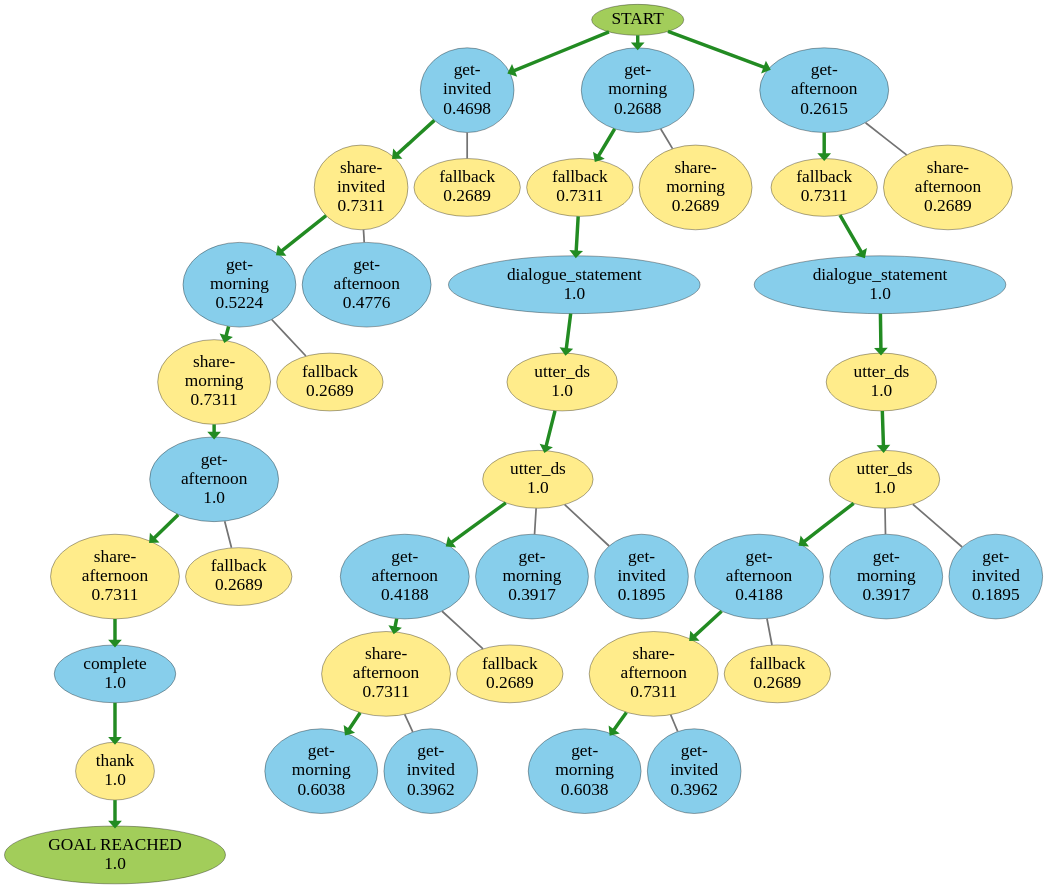
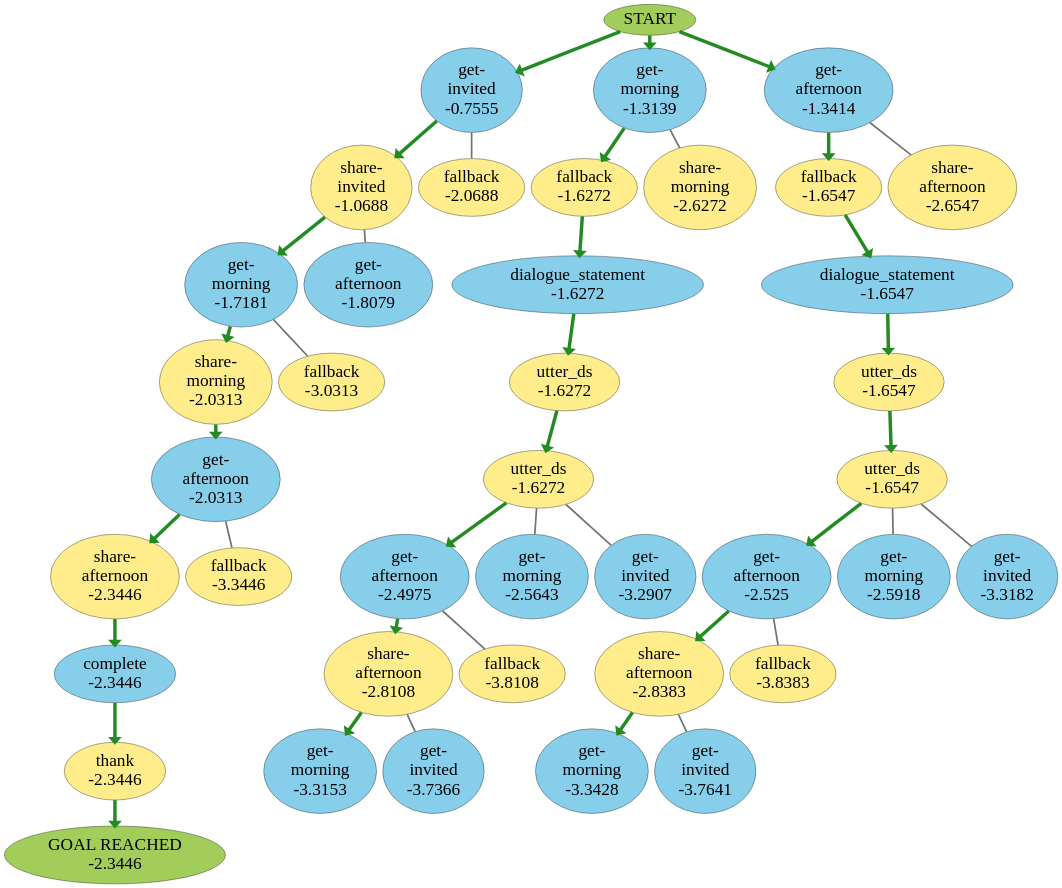
The diagram in icaps_entity_drop_no_goal.gv (IBM/contingent-plan-executor), drawn with Graphviz before and after one commit. The commit also changed 3 other files, not shown here.

Commit message:
final icaps graphs:)

```diff
--- a/icaps_entity_drop_no_goal.gv
+++ b/icaps_entity_drop_no_goal.gv
@@ -1,167 +1,167 @@
 strict digraph {
 	0 [label=START fillcolor=darkolivegreen3 fontsize=50 style=filled]
 	1 [label="get-
 invited
-0.4698" fillcolor=skyblue fontsize=50 style=filled]
+-0.7555" fillcolor=skyblue fontsize=50 style=filled]
 	0 -> 1 [arrowhead=normal color=purple penwidth=10.0]
 	2 [label="get-
 morning
-0.2688" fillcolor=skyblue fontsize=50 style=filled]
+-1.3139" fillcolor=skyblue fontsize=50 style=filled]
 	0 -> 2 [arrowhead=normal color=purple penwidth=10.0]
 	3 [label="get-
 afternoon
-0.2615" fillcolor=skyblue fontsize=50 style=filled]
+-1.3414" fillcolor=skyblue fontsize=50 style=filled]
 	0 -> 3 [arrowhead=normal color=purple penwidth=10.0]
 	4 [label="share-
 invited
-0.7311" fillcolor=lightgoldenrod1 fontsize=50 style=filled]
+-1.0688" fillcolor=lightgoldenrod1 fontsize=50 style=filled]
 	1 -> 4 [arrowhead=normal color=purple penwidth=10.0]
 	5 [label="fallback
-0.2689" fillcolor=lightgoldenrod1 fontsize=50 style=filled]
+-2.0688" fillcolor=lightgoldenrod1 fontsize=50 style=filled]
 	1 -> 5 [arrowhead=none color=grey45 penwidth=5.0]
 	6 [label="fallback
-0.7311" fillcolor=lightgoldenrod1 fontsize=50 style=filled]
+-1.6272" fillcolor=lightgoldenrod1 fontsize=50 style=filled]
 	2 -> 6 [arrowhead=normal color=purple penwidth=10.0]
 	7 [label="share-
 morning
-0.2689" fillcolor=lightgoldenrod1 fontsize=50 style=filled]
+-2.6272" fillcolor=lightgoldenrod1 fontsize=50 style=filled]
 	2 -> 7 [arrowhead=none color=grey45 penwidth=5.0]
 	8 [label="fallback
-0.7311" fillcolor=lightgoldenrod1 fontsize=50 style=filled]
+-1.6547" fillcolor=lightgoldenrod1 fontsize=50 style=filled]
 	3 -> 8 [arrowhead=normal color=purple penwidth=10.0]
 	9 [label="share-
 afternoon
-0.2689" fillcolor=lightgoldenrod1 fontsize=50 style=filled]
+-2.6547" fillcolor=lightgoldenrod1 fontsize=50 style=filled]
 	3 -> 9 [arrowhead=none color=grey45 penwidth=5.0]
 	10 [label="get-
 morning
-0.5224" fillcolor=skyblue fontsize=50 style=filled]
+-1.7181" fillcolor=skyblue fontsize=50 style=filled]
 	4 -> 10 [arrowhead=normal color=purple penwidth=10.0]
 	11 [label="get-
 afternoon
-0.4776" fillcolor=skyblue fontsize=50 style=filled]
+-1.8079" fillcolor=skyblue fontsize=50 style=filled]
 	4 -> 11 [arrowhead=none color=grey45 penwidth=5.0]
 	12 [label="dialogue_statement
-1.0" fillcolor=skyblue fontsize=50 style=filled]
+-1.6272" fillcolor=skyblue fontsize=50 style=filled]
 	6 -> 12 [arrowhead=normal color=purple penwidth=10.0]
 	13 [label="dialogue_statement
-1.0" fillcolor=skyblue fontsize=50 style=filled]
+-1.6547" fillcolor=skyblue fontsize=50 style=filled]
 	8 -> 13 [arrowhead=normal color=purple penwidth=10.0]
 	14 [label="utter_ds
-1.0" fillcolor=lightgoldenrod1 fontsize=50 style=filled]
+-1.6272" fillcolor=lightgoldenrod1 fontsize=50 style=filled]
 	12 -> 14 [arrowhead=normal color=purple penwidth=10.0]
 	15 [label="utter_ds
-1.0" fillcolor=lightgoldenrod1 fontsize=50 style=filled]
+-1.6547" fillcolor=lightgoldenrod1 fontsize=50 style=filled]
 	13 -> 15 [arrowhead=normal color=purple penwidth=10.0]
 	16 [label="utter_ds
-1.0" fillcolor=lightgoldenrod1 fontsize=50 style=filled]
+-1.6272" fillcolor=lightgoldenrod1 fontsize=50 style=filled]
 	14 -> 16 [arrowhead=normal color=purple penwidth=10.0]
 	17 [label="utter_ds
-1.0" fillcolor=lightgoldenrod1 fontsize=50 style=filled]
+-1.6547" fillcolor=lightgoldenrod1 fontsize=50 style=filled]
 	15 -> 17 [arrowhead=normal color=purple penwidth=10.0]
 	18 [label="share-
 morning
-0.7311" fillcolor=lightgoldenrod1 fontsize=50 style=filled]
+-2.0313" fillcolor=lightgoldenrod1 fontsize=50 style=filled]
 	10 -> 18 [arrowhead=normal color=purple penwidth=10.0]
 	19 [label="fallback
-0.2689" fillcolor=lightgoldenrod1 fontsize=50 style=filled]
+-3.0313" fillcolor=lightgoldenrod1 fontsize=50 style=filled]
 	10 -> 19 [arrowhead=none color=grey45 penwidth=5.0]
 	20 [label="get-
 afternoon
-0.4188" fillcolor=skyblue fontsize=50 style=filled]
+-2.4975" fillcolor=skyblue fontsize=50 style=filled]
 	16 -> 20 [arrowhead=normal color=purple penwidth=10.0]
 	21 [label="get-
 morning
-0.3917" fillcolor=skyblue fontsize=50 style=filled]
+-2.5643" fillcolor=skyblue fontsize=50 style=filled]
 	16 -> 21 [arrowhead=none color=grey45 penwidth=5.0]
 	22 [label="get-
 invited
-0.1895" fillcolor=skyblue fontsize=50 style=filled]
+-3.2907" fillcolor=skyblue fontsize=50 style=filled]
 	16 -> 22 [arrowhead=none color=grey45 penwidth=5.0]
 	23 [label="get-
 afternoon
-0.4188" fillcolor=skyblue fontsize=50 style=filled]
+-2.525" fillcolor=skyblue fontsize=50 style=filled]
 	17 -> 23 [arrowhead=normal color=purple penwidth=10.0]
 	24 [label="get-
 morning
-0.3917" fillcolor=skyblue fontsize=50 style=filled]
+-2.5918" fillcolor=skyblue fontsize=50 style=filled]
 	17 -> 24 [arrowhead=none color=grey45 penwidth=5.0]
 	25 [label="get-
 invited
-0.1895" fillcolor=skyblue fontsize=50 style=filled]
+-3.3182" fillcolor=skyblue fontsize=50 style=filled]
 	17 -> 25 [arrowhead=none color=grey45 penwidth=5.0]
 	26 [label="get-
 afternoon
-1.0" fillcolor=skyblue fontsize=50 style=filled]
+-2.0313" fillcolor=skyblue fontsize=50 style=filled]
 	18 -> 26 [arrowhead=normal color=purple penwidth=10.0]
 	27 [label="share-
 afternoon
-0.7311" fillcolor=lightgoldenrod1 fontsize=50 style=filled]
+-2.3446" fillcolor=lightgoldenrod1 fontsize=50 style=filled]
 	26 -> 27 [arrowhead=normal color=purple penwidth=10.0]
 	28 [label="fallback
-0.2689" fillcolor=lightgoldenrod1 fontsize=50 style=filled]
+-3.3446" fillcolor=lightgoldenrod1 fontsize=50 style=filled]
 	26 -> 28 [arrowhead=none color=grey45 penwidth=5.0]
 	29 [label="share-
 afternoon
-0.7311" fillcolor=lightgoldenrod1 fontsize=50 style=filled]
+-2.8108" fillcolor=lightgoldenrod1 fontsize=50 style=filled]
 	20 -> 29 [arrowhead=normal color=purple penwidth=10.0]
 	30 [label="fallback
-0.2689" fillcolor=lightgoldenrod1 fontsize=50 style=filled]
+-3.8108" fillcolor=lightgoldenrod1 fontsize=50 style=filled]
 	20 -> 30 [arrowhead=none color=grey45 penwidth=5.0]
 	31 [label="share-
 afternoon
-0.7311" fillcolor=lightgoldenrod1 fontsize=50 style=filled]
+-2.8383" fillcolor=lightgoldenrod1 fontsize=50 style=filled]
 	23 -> 31 [arrowhead=normal color=purple penwidth=10.0]
 	32 [label="fallback
-0.2689" fillcolor=lightgoldenrod1 fontsize=50 style=filled]
+-3.8383" fillcolor=lightgoldenrod1 fontsize=50 style=filled]
 	23 -> 32 [arrowhead=none color=grey45 penwidth=5.0]
 	33 [label="complete
-1.0" fillcolor=skyblue fontsize=50 style=filled]
+-2.3446" fillcolor=skyblue fontsize=50 style=filled]
 	27 -> 33 [arrowhead=normal color=purple penwidth=10.0]
 	34 [label="get-
 morning
-0.6038" fillcolor=skyblue fontsize=50 style=filled]
+-3.3153" fillcolor=skyblue fontsize=50 style=filled]
 	29 -> 34 [arrowhead=normal color=purple penwidth=10.0]
 	35 [label="get-
 invited
-0.3962" fillcolor=skyblue fontsize=50 style=filled]
+-3.7366" fillcolor=skyblue fontsize=50 style=filled]
 	29 -> 35 [arrowhead=none color=grey45 penwidth=5.0]
 	36 [label="get-
 morning
-0.6038" fillcolor=skyblue fontsize=50 style=filled]
+-3.3428" fillcolor=skyblue fontsize=50 style=filled]
 	31 -> 36 [arrowhead=normal color=purple penwidth=10.0]
 	37 [label="get-
 invited
-0.3962" fillcolor=skyblue fontsize=50 style=filled]
+-3.7641" fillcolor=skyblue fontsize=50 style=filled]
 	31 -> 37 [arrowhead=none color=grey45 penwidth=5.0]
 	38 [label="thank
-1.0" fillcolor=lightgoldenrod1 fontsize=50 style=filled]
+-2.3446" fillcolor=lightgoldenrod1 fontsize=50 style=filled]
 	33 -> 38 [arrowhead=normal color=purple penwidth=10.0]
 	39 [label="GOAL REACHED
-1.0" fillcolor=darkolivegreen3 fontsize=50 style=filled]
+-2.3446" fillcolor=darkolivegreen3 fontsize=50 style=filled]
 	38 -> 39 [color=forestgreen penwidth=10.0]
 	0 -> 1 [arrowhead=normal color=forestgreen penwidth=10.0]
 	1 -> 4 [arrowhead=normal color=forestgreen penwidth=10.0]
 	4 -> 10 [arrowhead=normal color=forestgreen penwidth=10.0]
 	10 -> 18 [arrowhead=normal color=forestgreen penwidth=10.0]
 	18 -> 26 [arrowhead=normal color=forestgreen penwidth=10.0]
 	26 -> 27 [arrowhead=normal color=forestgreen penwidth=10.0]
 	27 -> 33 [arrowhead=normal color=forestgreen penwidth=10.0]
 	33 -> 38 [arrowhead=normal color=forestgreen penwidth=10.0]
 	0 -> 2 [arrowhead=normal color=forestgreen penwidth=10.0]
 	2 -> 6 [arrowhead=normal color=forestgreen penwidth=10.0]
 	6 -> 12 [arrowhead=normal color=forestgreen penwidth=10.0]
 	12 -> 14 [arrowhead=normal color=forestgreen penwidth=10.0]
 	14 -> 16 [arrowhead=normal color=forestgreen penwidth=10.0]
 	16 -> 20 [arrowhead=normal color=forestgreen penwidth=10.0]
 	20 -> 29 [arrowhead=normal color=forestgreen penwidth=10.0]
 	29 -> 34 [arrowhead=normal color=forestgreen penwidth=10.0]
 	0 -> 3 [arrowhead=normal color=forestgreen penwidth=10.0]
 	3 -> 8 [arrowhead=normal color=forestgreen penwidth=10.0]
 	8 -> 13 [arrowhead=normal color=forestgreen penwidth=10.0]
 	13 -> 15 [arrowhead=normal color=forestgreen penwidth=10.0]
 	15 -> 17 [arrowhead=normal color=forestgreen penwidth=10.0]
 	17 -> 23 [arrowhead=normal color=forestgreen penwidth=10.0]
 	23 -> 31 [arrowhead=normal color=forestgreen penwidth=10.0]
 	31 -> 36 [arrowhead=normal color=forestgreen penwidth=10.0]
 }
```
